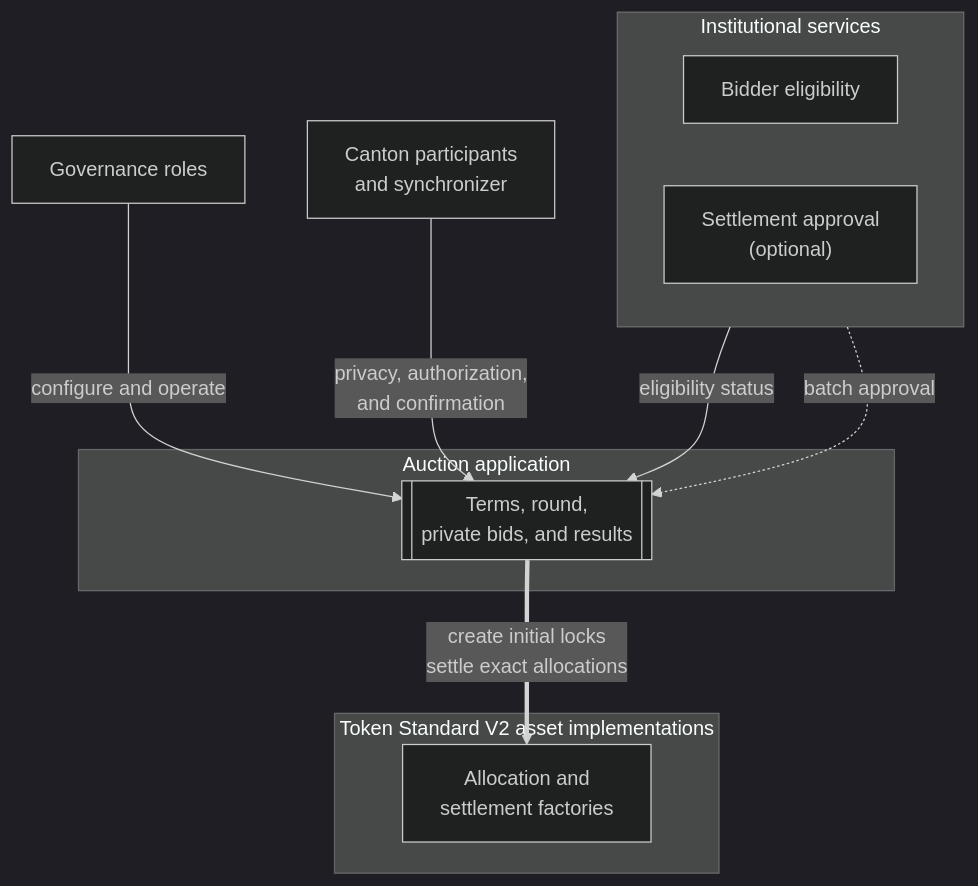
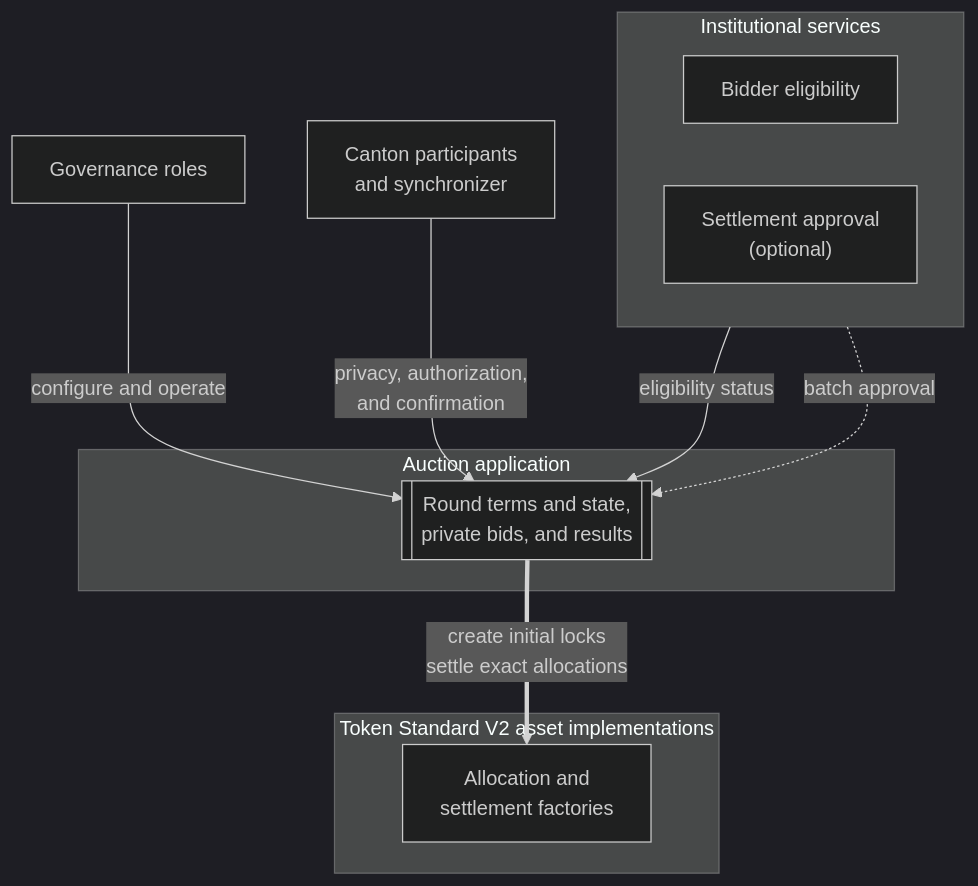
The second of 3 diagrams in docs/reference-architectures/confidential-auction.md (OpenZeppelin/canton-specs), drawn with Mermaid (dark theme) before and after one commit. The commit also changed other lines of this file, not shown here.

````diff
--- a/docs/reference-architectures/confidential-auction.md
+++ b/docs/reference-architectures/confidential-auction.md
@@ -161,25 +159,25 @@
 ```mermaid
 flowchart TB
     subgraph Services["Institutional services"]
         direction LR
         Eligibility["Bidder eligibility"]
         Approval["Settlement approval<br/>(optional)"]
     end
 
     subgraph App["Auction application"]
-        Auction[["Terms, round,<br/>private bids, and results"]]
+        Auction[["Round terms and state,<br/>private bids, and results"]]
     end
 
     subgraph Assets["Token Standard V2 asset implementations"]
         Registries["Allocation and<br/>settlement factories"]
     end
 
     Governance["Governance roles"]
     Canton["Canton participants<br/>and synchronizer"]
 
     Eligibility -->|"eligibility status"| Auction
     Approval -.->|"batch approval"| Auction
     Governance -->|"configure and operate"| Auction
     Canton -->|"privacy, authorization,<br/>and confirmation"| Auction
     Auction ==>|"create initial locks<br/>settle exact allocations"| Registries
 ```
````
